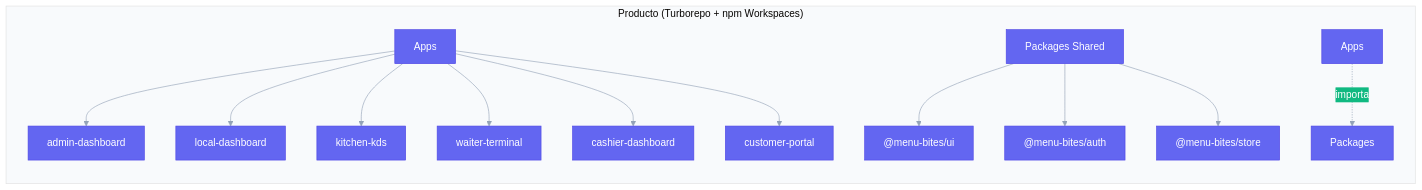
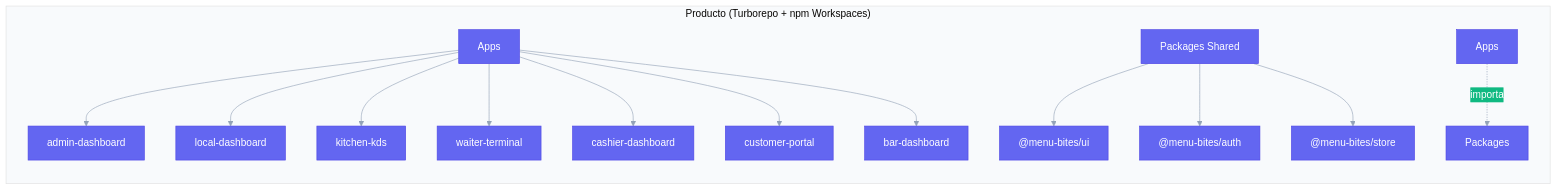
The sixth of 6 diagrams in README.md (Hctr2002/Software-Restaurantes), drawn with Mermaid before and after one commit. The commit also changed other lines of this file and 4 other files, not shown here.

````diff
--- a/README.md
+++ b/README.md
@@ -137,30 +138,31 @@
 ```mermaid
 %%{init: {
   'theme': 'base',
   'themeVariables': {
     'primaryColor': '#6366f1',
     'primaryTextColor': '#ffffff',
     'primaryBorderColor': '#4f46e5',
     'lineColor': '#94a3b8',
     'secondaryColor': '#10b981',
     'tertiaryColor': '#f8fafc',
     'fontFamily': 'Inter, sans-serif'
   }
 }}%%
 graph TD
     subgraph Monorepo ["Producto (Turborepo + npm Workspaces)"]
         direction TB
         A[Apps] --> B[admin-dashboard]
         A --> C[local-dashboard]
         A --> D[kitchen-kds]
         A --> E[waiter-terminal]
         A --> F[cashier-dashboard]
         A --> G[customer-portal]
+        A --> H[bar-dashboard]
 
         P[Packages Shared] --> UI["@menu-bites/ui"]
         P --> AUTH["@menu-bites/auth"]
         P --> STORE["@menu-bites/store"]
 
         Apps -.->|importa| Packages
     end
 ```
````
